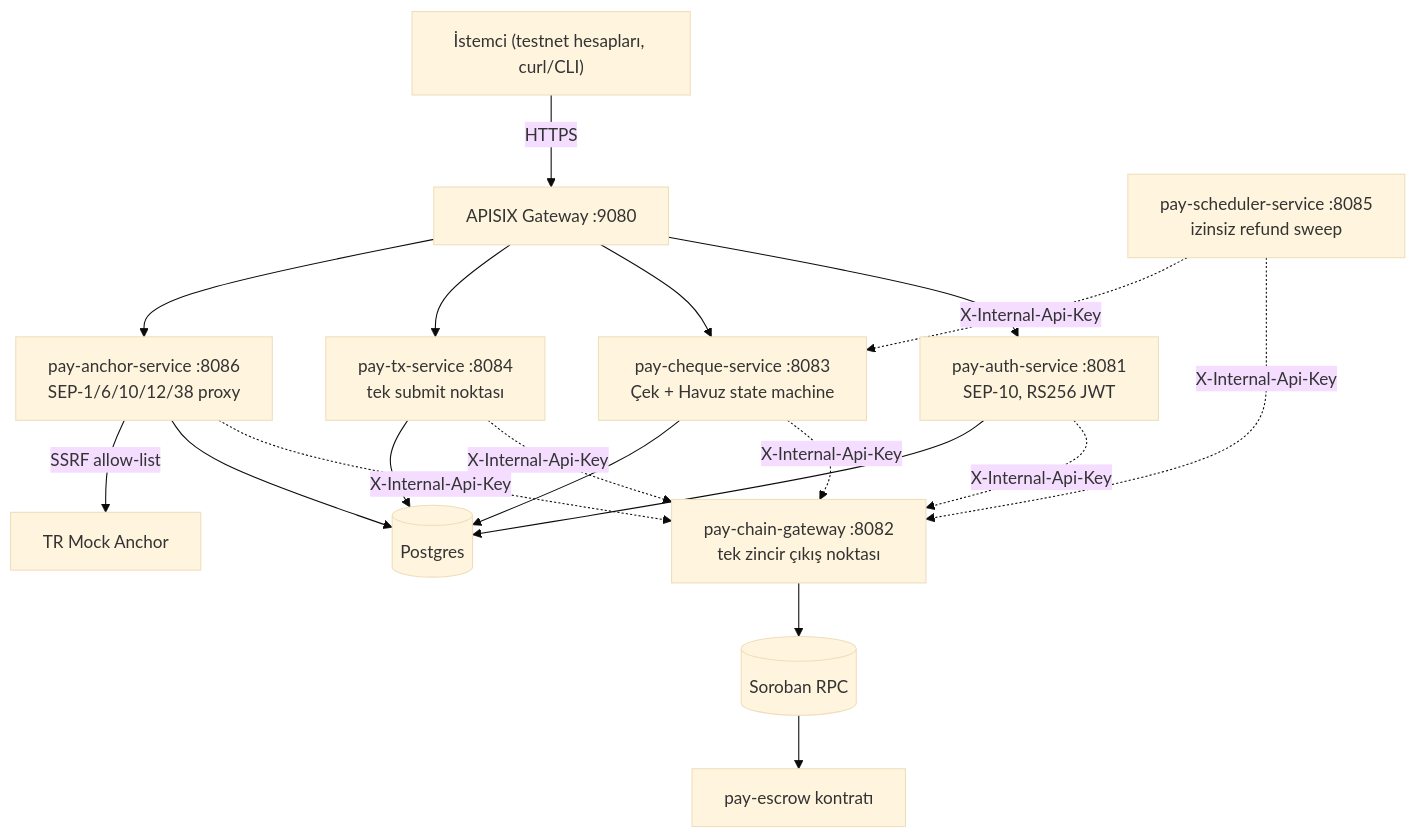
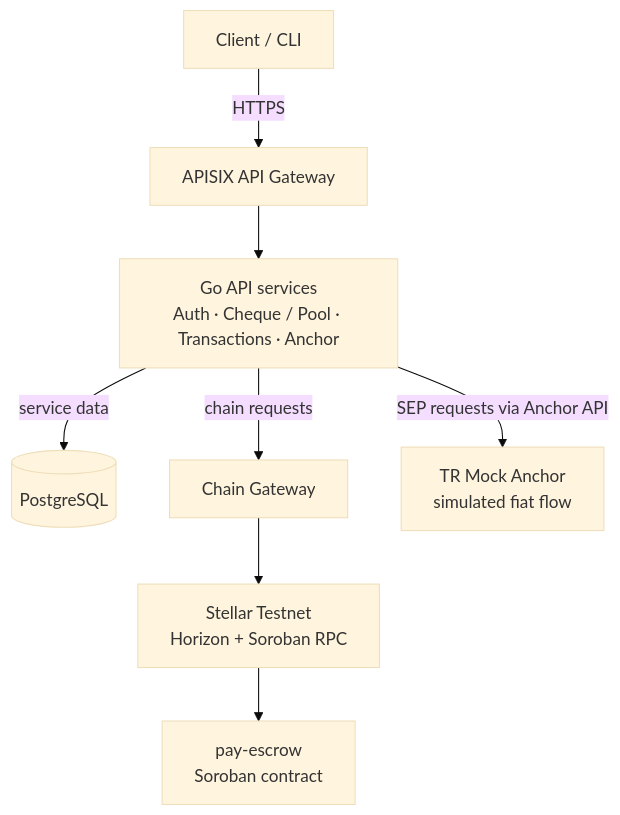
The diagram in README.md (buraksal52/ghoStellar), drawn with Mermaid (base theme) before and after one commit. The commit also changed other lines of this file, not shown here.

````diff
--- a/README.md
+++ b/README.md
@@ -67,23 +90,10 @@
 ```mermaid
-graph TD
-    Client["İstemci (testnet hesapları, curl/CLI)"]
-    Gateway["APISIX Gateway :9080"]
-    Auth["pay-auth-service :8081\nSEP-10, RS256 JWT"]
-    Cheque["pay-cheque-service :8083\nÇek + Havuz state machine"]
-    Tx["pay-tx-service :8084\ntek submit noktası"]
-    Anchor["pay-anchor-service :8086\nSEP-1/6/10/12/38 proxy"]
-    Scheduler["pay-scheduler-service :8085\nizinsiz refund sweep"]
-    Chain["pay-chain-gateway :8082\ntek zincir çıkış noktası"]
-    DB[("Postgres")]
-    Soroban[("Soroban RPC")]
-    Escrow["pay-escrow kontratı"]
-    TRAnchor["TR Mock Anchor"]
-
-    Client -->|HTTPS| Gateway
-    Gateway --> Auth & Cheque & Tx & Anchor
-    Auth & Cheque & Tx & Anchor & Scheduler -.X-Internal-Api-Key.-> Chain
-    Scheduler -.X-Internal-Api-Key.-> Cheque
-    Auth & Cheque & Tx & Anchor --> DB
-    Chain --> Soroban --> Escrow
-    Anchor -->|SSRF allow-list| TRAnchor
+flowchart TB
+    Client["Client / CLI"] -->|HTTPS| Edge["APISIX API Gateway"]
+    Edge --> Services["Go API services<br/>Auth · Cheque / Pool · Transactions · Anchor"]
+    Services -->|service data| DB[(PostgreSQL)]
+    Services -->|chain requests| Chain["Chain Gateway"]
+    Chain --> Network["Stellar Testnet<br/>Horizon + Soroban RPC"]
+    Network --> Contract["pay-escrow<br/>Soroban contract"]
+    Services -->|SEP requests via Anchor API| Mock["TR Mock Anchor<br/>simulated fiat flow"]
 ```
````
